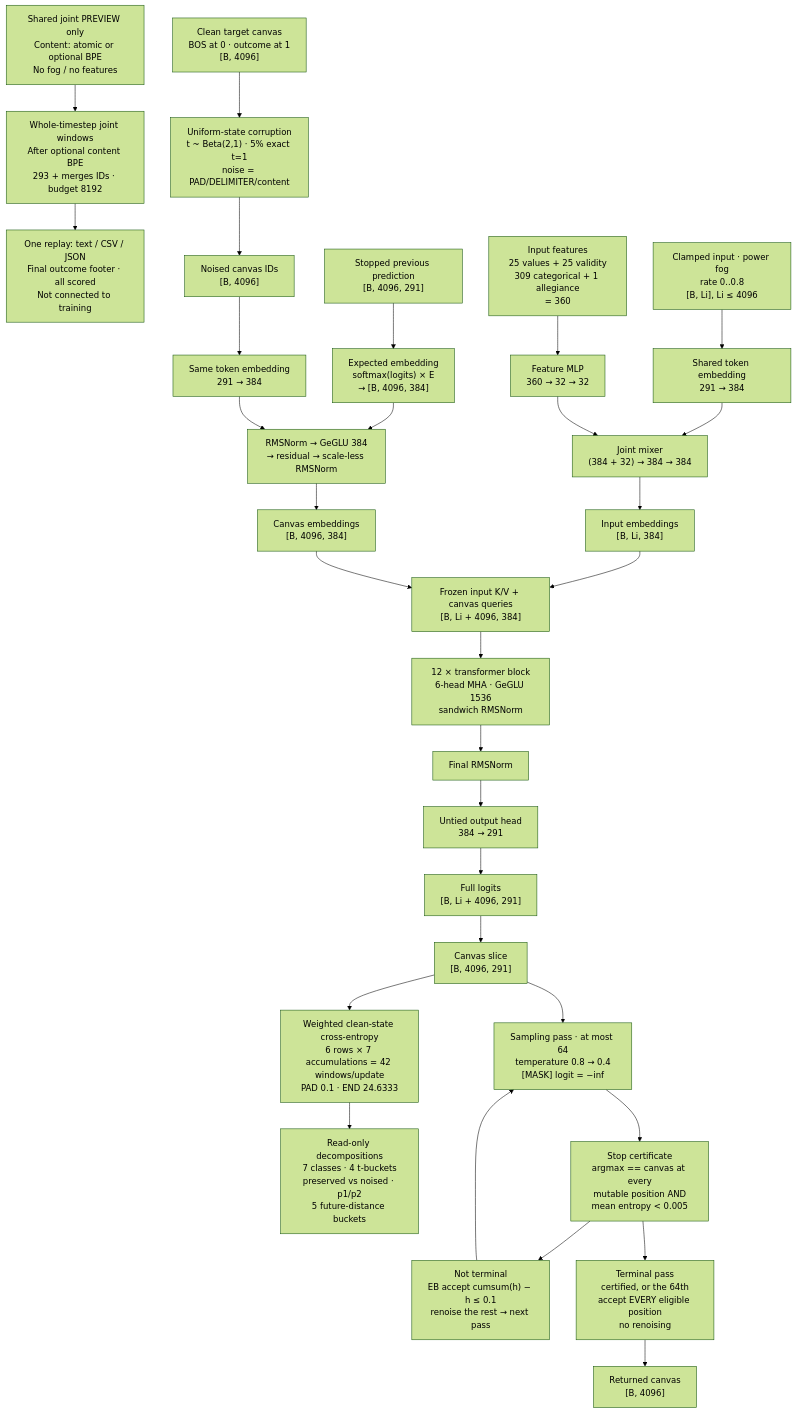
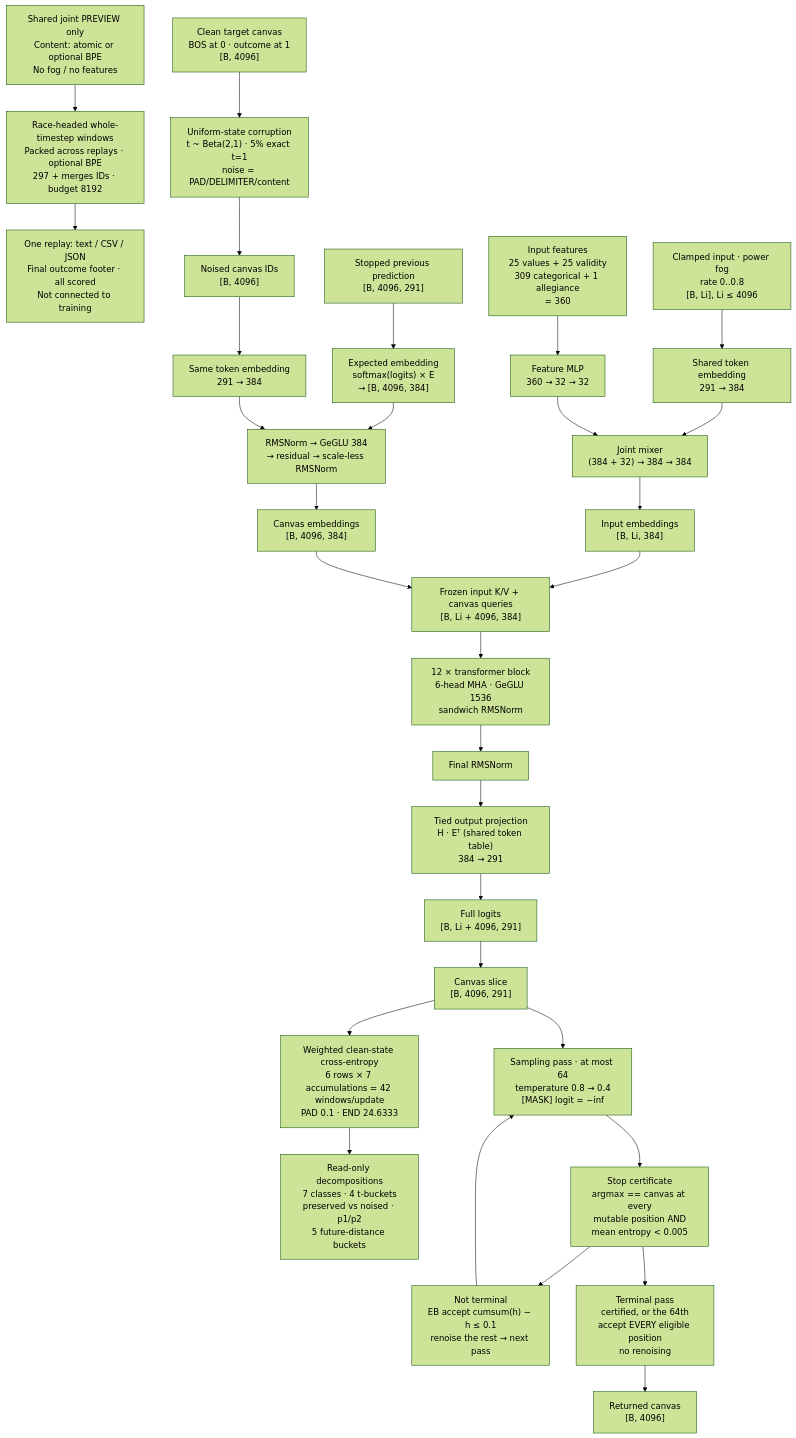
Before and after one commit to mataeo-eh/Thesis_ML: the diagram in Model_Architecture/MODEL_ARCHITECTURE_DIAGRAM.mmd, drawn with Mermaid (forest theme). The commit also changed 43 other files, not shown here.

First line of the commit message:
Add joint pretraining pipeline spec, BPE merge curve, and tied-embedding docs

```diff
--- a/Model_Architecture/MODEL_ARCHITECTURE_DIAGRAM.mmd
+++ b/Model_Architecture/MODEL_ARCHITECTURE_DIAGRAM.mmd
@@ -1,43 +1,43 @@
 flowchart TD
-    P["Shared joint PREVIEW only<br/>Content: atomic or optional BPE<br/>No fog / no features"] --> JW["Whole-timestep joint windows<br/>After optional content BPE<br/>293 + merges IDs · budget 8192"]
+    P["Shared joint PREVIEW only<br/>Content: atomic or optional BPE<br/>No fog / no features"] --> JW["Race-headed whole-timestep windows<br/>Packed across replays · optional BPE<br/>297 + merges IDs · budget 8192"]
     JW --> PO["One replay: text / CSV / JSON<br/>Final outcome footer · all scored<br/>Not connected to training"]
     %% Training schedule: WSD = 500-step warmup, stable middle, final 20% decay.
     %% Default stop and schedule horizons match; the capacity suite deliberately
     %% stops at epoch 3 while retaining each arm's 50-epoch LR/EMA horizon.
     %% Fog/corruption/self-conditioning are paired per seed + epoch + example.
     A["Clamped input · power fog<br/>rate 0..0.8<br/>[B, Li], Li ≤ 4096"] --> E["Shared token embedding<br/>291 → 384"]
     AF["Input features<br/>25 values + 25 validity<br/>309 categorical + 1 allegiance<br/>= 360"] --> FM["Feature MLP<br/>360 → 32 → 32"]
     E --> JM["Joint mixer<br/>(384 + 32) → 384 → 384"]
     FM --> JM
     JM --> IE["Input embeddings<br/>[B, Li, 384]"]
 
     T["Clean target canvas<br/>BOS at 0 · outcome at 1<br/>[B, 4096]"] --> C["Uniform-state corruption<br/>t ~ Beta(2,1) · 5% exact t=1<br/>noise = PAD/DELIMITER/content"]
     C --> NE["Noised canvas IDs<br/>[B, 4096]"]
     NE --> E2["Same token embedding<br/>291 → 384"]
 
     FP["Stopped previous prediction<br/>[B, 4096, 291]"] --> EX["Expected embedding<br/>softmax(logits) × E<br/>→ [B, 4096, 384]"]
     EX --> SC["RMSNorm → GeGLU 384<br/>→ residual → scale-less RMSNorm"]
     E2 --> SC
     SC --> CE["Canvas embeddings<br/>[B, 4096, 384]"]
 
     IE --> CAT["Frozen input K/V + canvas queries<br/>[B, Li + 4096, 384]"]
     CE --> CAT
 
     CAT --> TR["12 × transformer block<br/>6-head MHA · GeGLU 1536<br/>sandwich RMSNorm"]
     TR --> FN["Final RMSNorm"]
-    FN --> OH["Untied output head<br/>384 → 291"]
+    FN --> OH["Tied output projection<br/>H · Eᵀ (shared token table)<br/>384 → 291"]
     OH --> FULL["Full logits<br/>[B, Li + 4096, 291]"]
     FULL --> SLICE["Canvas slice<br/>[B, 4096, 291]"]
     SLICE --> LOSS["Weighted clean-state cross-entropy<br/>6 rows × 7 accumulations = 42 windows/update<br/>PAD 0.1 · END 24.6333"]
     LOSS --> DEC["Read-only decompositions<br/>7 classes · 4 t-buckets<br/>preserved vs noised · p1/p2<br/>5 future-distance buckets"]
 
     %% Inference: nonmonotonic uniform entropy-bounded sampling, at most 64 passes.
     %% A pass is TERMINAL when the certificate fires or the ceiling ends the row;
     %% a terminal pass commits every eligible position and renoises nothing, so
     %% the returned canvas is exactly the state the stop decision validated.
     SLICE --> SAMP["Sampling pass · at most 64<br/>temperature 0.8 → 0.4<br/>[MASK] logit = −inf"]
     SAMP --> FIX["Stop certificate<br/>argmax == canvas at every<br/>mutable position AND<br/>mean entropy &lt; 0.005"]
     FIX --> EBA["Not terminal<br/>EB accept cumsum(h) − h ≤ 0.1<br/>renoise the rest → next pass"]
     EBA --> SAMP
     FIX --> TERM["Terminal pass<br/>certified, or the 64th<br/>accept EVERY eligible position<br/>no renoising"]
     TERM --> RET["Returned canvas<br/>[B, 4096]"]
```
